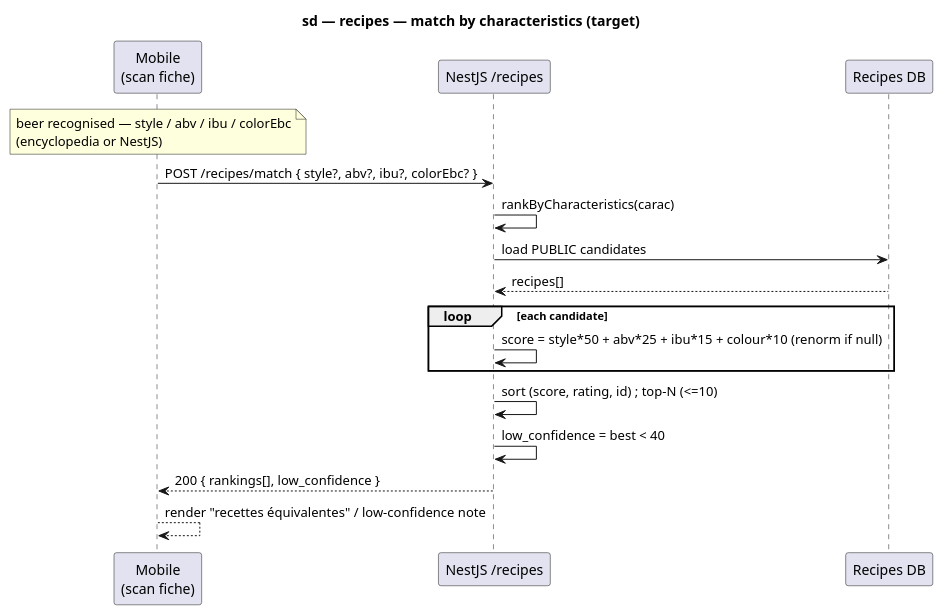
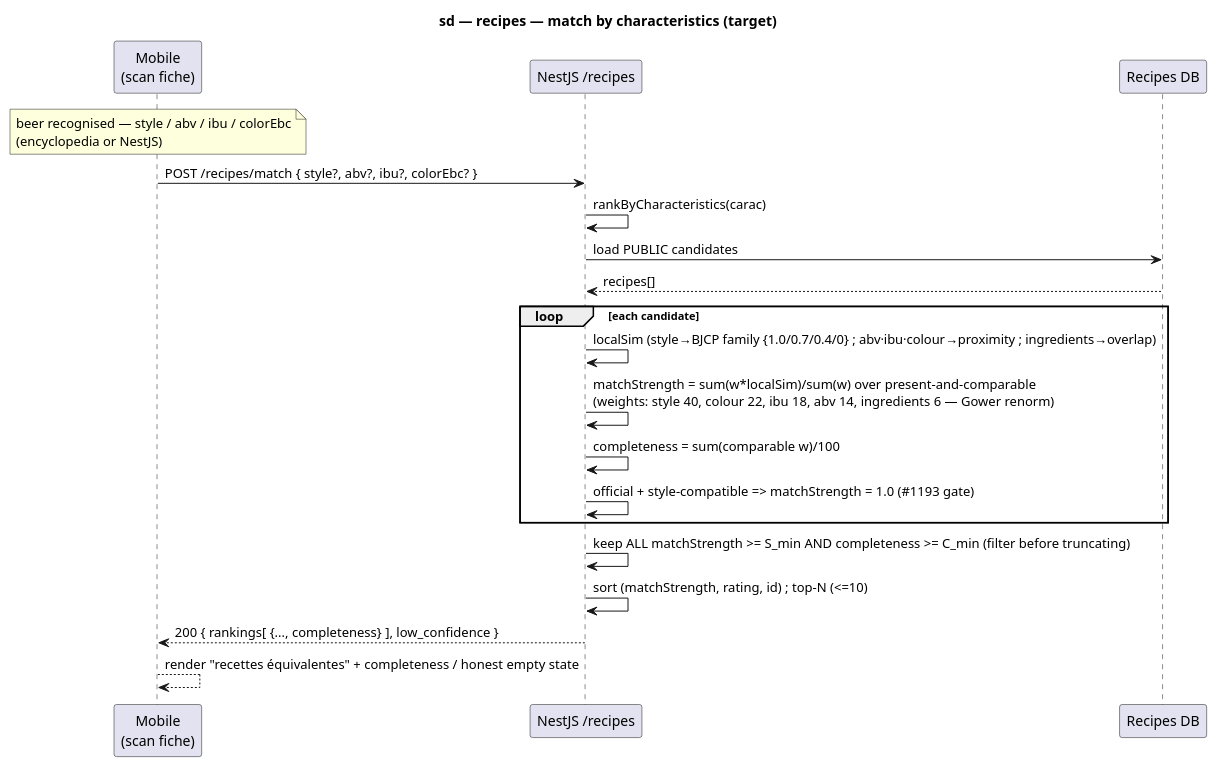
The second of 2 diagrams in docs/architecture/diagrams/recipes/06-sequence-recipe-matching.md (benoit-bremaud/brasse-bouillon), drawn with PlantUML before and after one commit. The commit also changed other lines of this file and 3 other files, not shown here.

First line of the commit message:
docs(architecture): ADR-0016 — recipe-matching v2 (weighted criteria + completeness + BJCP families) (#1199)

````diff
--- a/docs/architecture/diagrams/recipes/06-sequence-recipe-matching.md
+++ b/docs/architecture/diagrams/recipes/06-sequence-recipe-matching.md
@@ -51,21 +65,24 @@
 ```plantuml
 @startuml
 title sd — recipes — match by characteristics (target)
 participant "Mobile\n(scan fiche)" as M
 participant "NestJS /recipes" as API
 participant "Recipes DB" as DB
 
 note over M : beer recognised — style / abv / ibu / colorEbc\n(encyclopedia or NestJS)
 M -> API : POST /recipes/match { style?, abv?, ibu?, colorEbc? }
 API -> API : rankByCharacteristics(carac)
 API -> DB : load PUBLIC candidates
 DB --> API : recipes[]
 loop each candidate
-  API -> API : score = style*50 + abv*25 + ibu*15 + colour*10 (renorm if null)
+  API -> API : localSim (style→BJCP family {1.0/0.7/0.4/0} ; abv·ibu·colour→proximity ; ingredients→overlap)
+  API -> API : matchStrength = sum(w*localSim)/sum(w) over present-and-comparable\n(weights: style 40, colour 22, ibu 18, abv 14, ingredients 6 — Gower renorm)
+  API -> API : completeness = sum(comparable w)/100
+  API -> API : official + style-compatible => matchStrength = 1.0 (#1193 gate)
 end
-API -> API : sort (score, rating, id) ; top-N (<=10)
-API -> API : low_confidence = best < 40
-API --> M : 200 { rankings[], low_confidence }
-M --> M : render "recettes équivalentes" / low-confidence note
+API -> API : keep ALL matchStrength >= S_min AND completeness >= C_min (filter before truncating)
+API -> API : sort (matchStrength, rating, id) ; top-N (<=10)
+API --> M : 200 { rankings[ {..., completeness} ], low_confidence }
+M --> M : render "recettes équivalentes" + completeness / honest empty state
 @enduml
 ```
````
